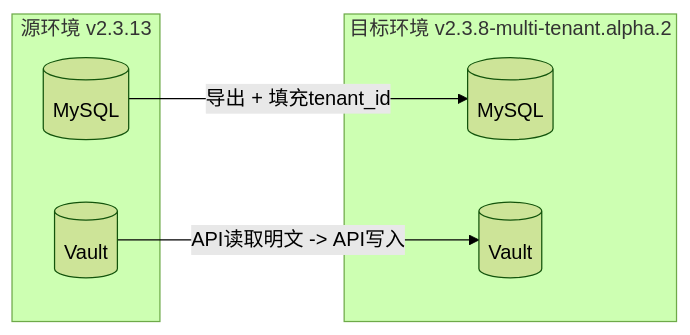
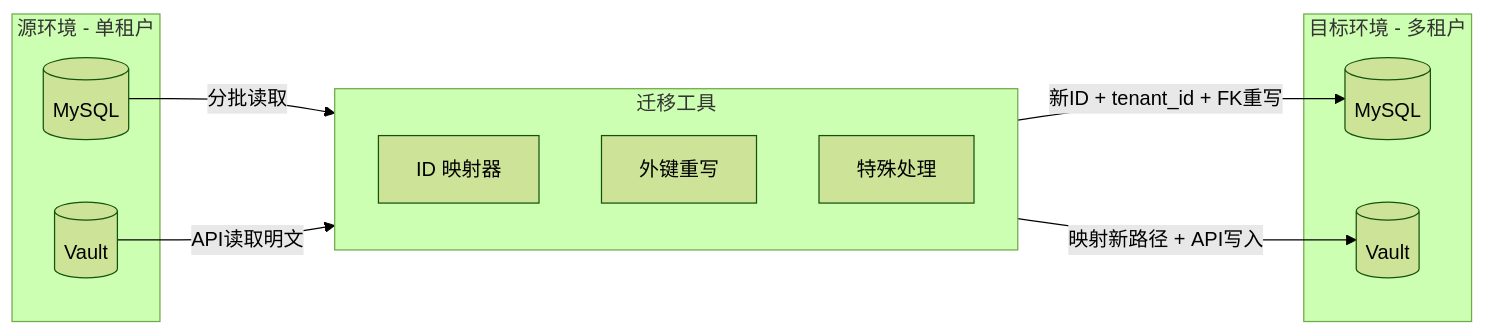
The first of 7 diagrams in cmd/tenant-migration/docs/多租户迁移plan.md (a-linye/bk-bscp), drawn with Mermaid (forest theme) before and after one commit. The commit also changed other lines of this file and 9 other files, not shown here.

````diff
--- a/cmd/tenant-migration/docs/多租户迁移plan.md
+++ b/cmd/tenant-migration/docs/多租户迁移plan.md
@@ -5,15 +5,23 @@
 ```mermaid
 flowchart LR
-    subgraph source [源环境 v2.3.13]
+    subgraph source [源环境 - 单租户]
         MySQL_S[(MySQL)]
         Vault_S[(Vault)]
     end
     
-    subgraph target [目标环境 v2.3.8-multi-tenant.alpha.2]
+    subgraph tool [迁移工具]
+        ID_Mapper[ID 映射器]
+        FK_Rewriter[外键重写]
+        Special[特殊处理]
+    end
+
+    subgraph target [目标环境 - 多租户]
         MySQL_T[(MySQL)]
         Vault_T[(Vault)]
     end
     
-    MySQL_S -->|"导出 + 填充tenant_id"| MySQL_T
-    Vault_S -->|"API读取明文 -> API写入"| Vault_T
+    MySQL_S -->|"分批读取"| tool
+    tool -->|"新ID + tenant_id + FK重写"| MySQL_T
+    Vault_S -->|"API读取明文"| tool
+    tool -->|"映射新路径 + API写入"| Vault_T
 ```
````
